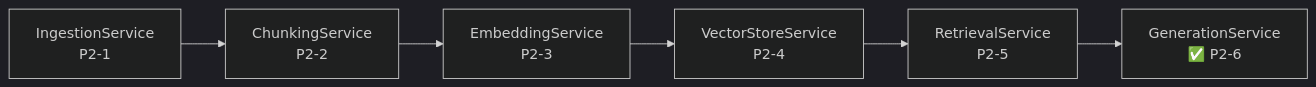
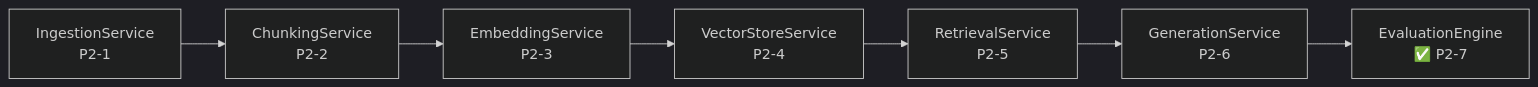
Before and after one commit to anulsasidharan/Unified-RAG-Studio: diagram 32 of 35 in docs/internal/PROJECT_SYSTEM_DESIGN_EVOLUTION.md, drawn with Mermaid (dark theme). The commit also changed other lines of this file and 4 other files, not shown here.

Commit message:
P2-7 · Evaluation Engine wired

````diff
--- a/docs/internal/PROJECT_SYSTEM_DESIGN_EVOLUTION.md
+++ b/docs/internal/PROJECT_SYSTEM_DESIGN_EVOLUTION.md
@@ -1360,8 +1360,9 @@
 ```mermaid
 graph LR
     ING6["IngestionService\nP2-1"] --> CHK6["ChunkingService\nP2-2"]
     CHK6 --> EMB6["EmbeddingService\nP2-3"]
     EMB6 --> VS6["VectorStoreService\nP2-4"]
     VS6 --> RT6["RetrievalService\nP2-5"]
-    RT6 --> GEN6["GenerationService\n✅ P2-6"]
+    RT6 --> GEN6["GenerationService\nP2-6"]
+    GEN6 --> EV6["EvaluationEngine\n✅ P2-7"]
 ```
````
